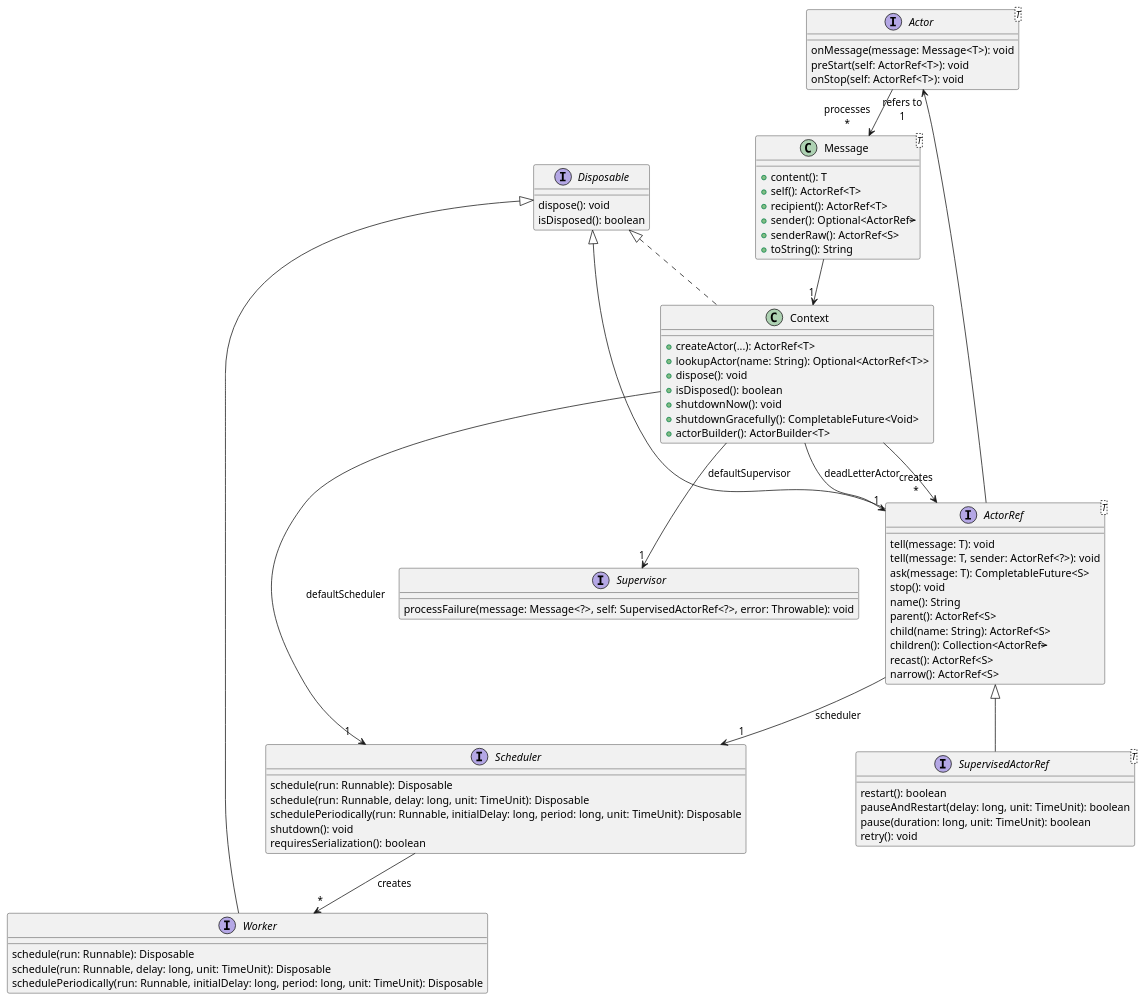
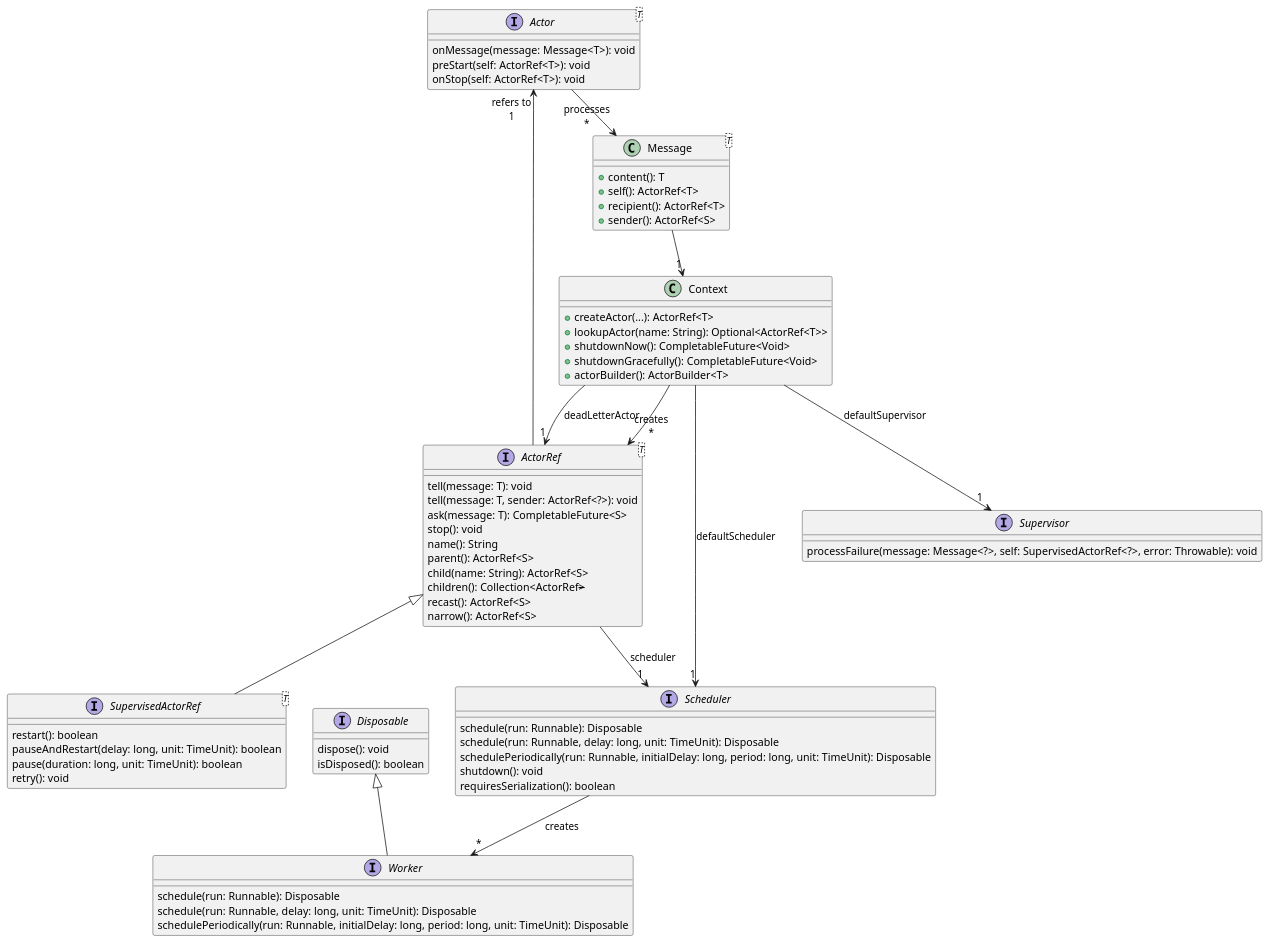
The diagram in src/main/plantuml/class-diagram.puml (davidmoten/reels), drawn with PlantUML before and after one commit.

Commit message:
update class diagram

```diff
--- a/src/main/plantuml/class-diagram.puml
+++ b/src/main/plantuml/class-diagram.puml
@@ -1,77 +1,72 @@
 @startuml
 interface "Actor<T>" as Actor_T_ [[java:com.github.davidmoten.reels.Actor]] {
     onMessage(message: Message<T>): void
     preStart(self: ActorRef<T>): void
     onStop(self: ActorRef<T>): void
 }
 interface "ActorRef<T>" as ActorRef_T_ [[java:com.github.davidmoten.reels.ActorRef]] {
     tell(message: T): void
     tell(message: T, sender: ActorRef<?>): void
     ask(message: T): CompletableFuture<S>
     stop(): void
     name(): String
     parent(): ActorRef<S>
     child(name: String): ActorRef<S>
     children(): Collection<ActorRef<S>>
     recast(): ActorRef<S>
     narrow(): ActorRef<S>
 }
 Context --> "creates\n*" ActorRef_T_
 ActorRef_T_ --> "1" Scheduler : scheduler
-Disposable <|-- ActorRef_T_
 class Context [[java:com.github.davidmoten.reels.Context]] {
     +createActor(...): ActorRef<T>
     +lookupActor(name: String): Optional<ActorRef<T>>
-    +dispose(): void
-    +isDisposed(): boolean
-    +shutdownNow(): void
+    +shutdownNow(): CompletableFuture<Void>
     +shutdownGracefully(): CompletableFuture<Void>
     +actorBuilder(): ActorBuilder<T>
 }
 Context --> "1" Supervisor : defaultSupervisor
 Context --> "1" Scheduler : defaultScheduler
 Context --> "1" ActorRef_T_ : deadLetterActor
-Disposable <|.. Context
 
 interface Disposable [[java:com.github.davidmoten.reels.Disposable]] {
     dispose(): void
     isDisposed(): boolean
 }
 class "Message<T>" as Message_T_ [[java:com.github.davidmoten.reels.Message]] {
     +content(): T
     +self(): ActorRef<T>
     +recipient(): ActorRef<T>
-    +sender(): Optional<ActorRef<S>>
-    +senderRaw(): ActorRef<S>
-    +toString(): String
+    +sender(): ActorRef<S>
 }
 Message_T_ --> "1" Context
 interface Scheduler [[java:com.github.davidmoten.reels.Scheduler]] {
     schedule(run: Runnable): Disposable
     schedule(run: Runnable, delay: long, unit: TimeUnit): Disposable
     schedulePeriodically(run: Runnable, initialDelay: long, period: long, unit: TimeUnit): Disposable
     shutdown(): void
     requiresSerialization(): boolean
 }
+
 Scheduler --> "*" Worker : creates
 
 interface "SupervisedActorRef<T>" as SupervisedActorRef_T_ [[java:com.github.davidmoten.reels.SupervisedActorRef]] {
     restart(): boolean
     pauseAndRestart(delay: long, unit: TimeUnit): boolean
     pause(duration: long, unit: TimeUnit): boolean
     retry(): void
 }
 ActorRef_T_ <|-- SupervisedActorRef_T_
 
 interface Supervisor [[java:com.github.davidmoten.reels.Supervisor]] {
     processFailure(message: Message<?>, self: SupervisedActorRef<?>, error: Throwable): void
 }
 interface Worker [[java:com.github.davidmoten.reels.Worker]] {
     schedule(run: Runnable): Disposable
     schedule(run: Runnable, delay: long, unit: TimeUnit): Disposable
     schedulePeriodically(run: Runnable, initialDelay: long, period: long, unit: TimeUnit): Disposable
 }
 Disposable <|-- Worker
 Actor_T_ --> "processes\n*" Message_T_
 ActorRef_T_ --> "refers to\n1" Actor_T_
 @enduml
```
